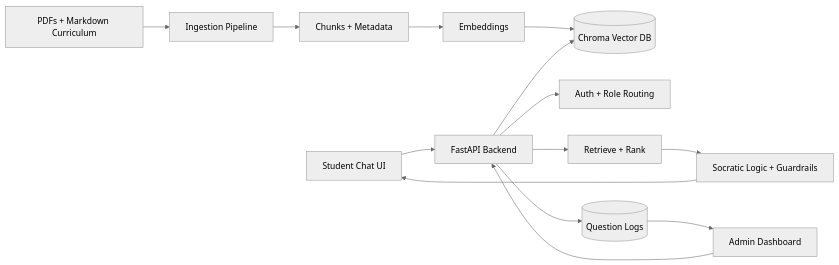
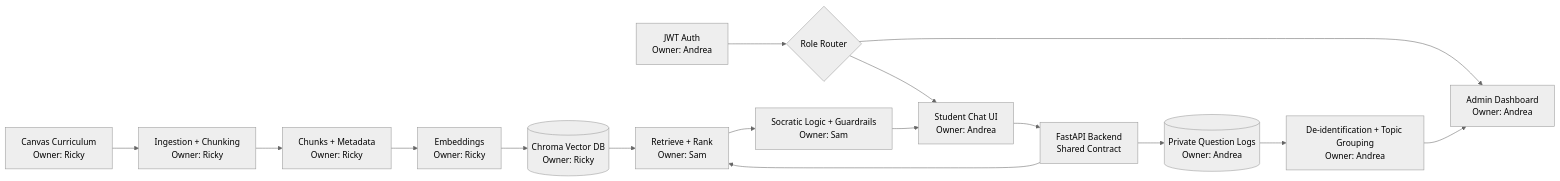
Before and after one commit to Andreachurchwell/team1-aiseHackathon: the diagram in ARCHITECTURE_SKETCH.md, drawn with Mermaid (neutral theme). The commit also changed other lines of this file and 11 other files, not shown here.

````diff
--- a/ARCHITECTURE_SKETCH.md
+++ b/ARCHITECTURE_SKETCH.md
@@ -5,17 +5,20 @@
 ```mermaid
 graph LR
-  Docs[PDFs + Markdown Curriculum] --> Ingest[Ingestion Pipeline]
-  Ingest --> Chunks[Chunks + Metadata]
-  Chunks --> Embed[Embeddings]
-  Embed --> Chroma[(Chroma Vector DB)]
+  Docs[Canvas Curriculum<br/>Owner: Ricky] --> Ingest[Ingestion + Chunking<br/>Owner: Ricky]
+  Ingest --> Chunks[Chunks + Metadata<br/>Owner: Ricky]
+  Chunks --> Embed[Embeddings<br/>Owner: Ricky]
+  Embed --> Chroma[(Chroma Vector DB<br/>Owner: Ricky)]
 
-  Student[Student Chat UI] --> API[FastAPI Backend]
-  Admin[Admin Dashboard] --> API
-  API --> Auth[Auth + Role Routing]
-  API --> Chroma
-  API --> RAG[Retrieve + Rank]
-  RAG --> Guardrails[Socratic Logic + Guardrails]
+  Login[JWT Auth<br/>Owner: Andrea] --> Roles{Role Router}
+  Roles --> Student[Student Chat UI<br/>Owner: Andrea]
+  Roles --> Admin[Admin Dashboard<br/>Owner: Andrea]
+
+  Student --> API[FastAPI Backend<br/>Shared Contract]
+  API --> RAG[Retrieve + Rank<br/>Owner: Sam]
+  Chroma --> RAG
+  RAG --> Guardrails[Socratic Logic + Guardrails<br/>Owner: Sam]
   Guardrails --> Student
-  API --> Logs[(Question Logs)]
-  Logs --> Admin
+  API --> Logs[(Private Question Logs<br/>Owner: Andrea)]
+  Logs --> Privacy[De-identification + Topic Grouping<br/>Owner: Andrea]
+  Privacy --> Admin
 ```
````
